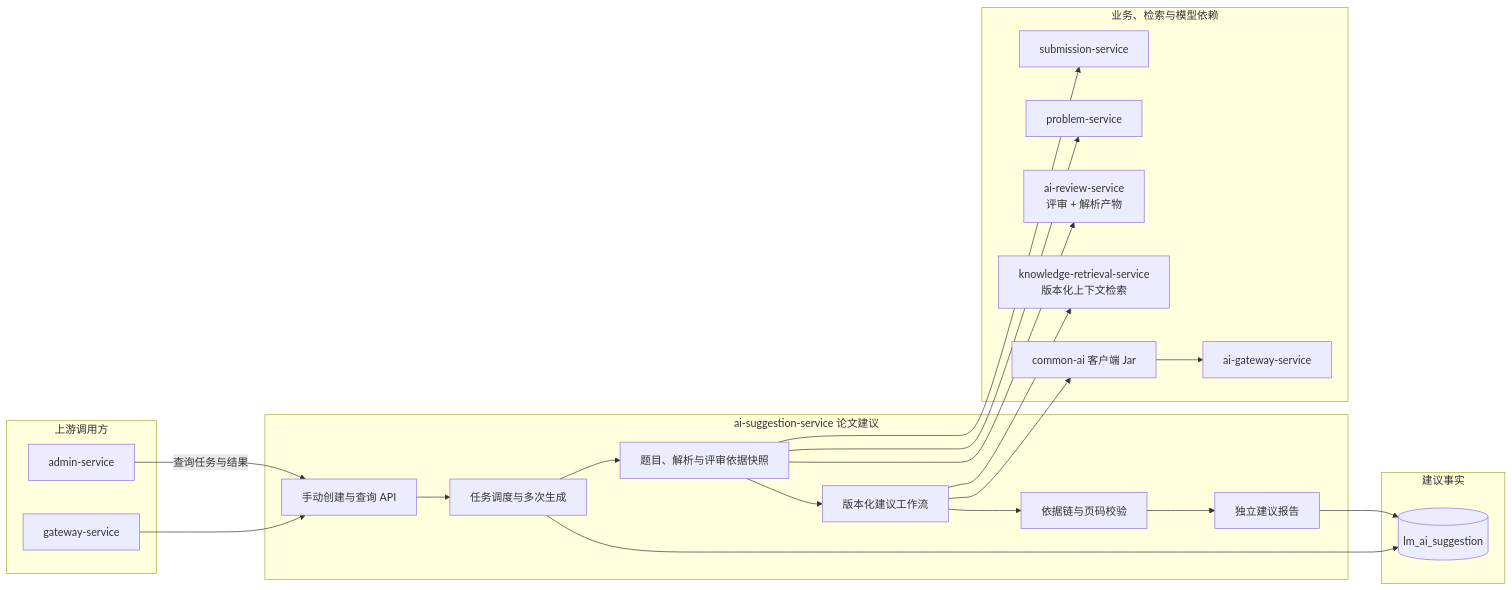
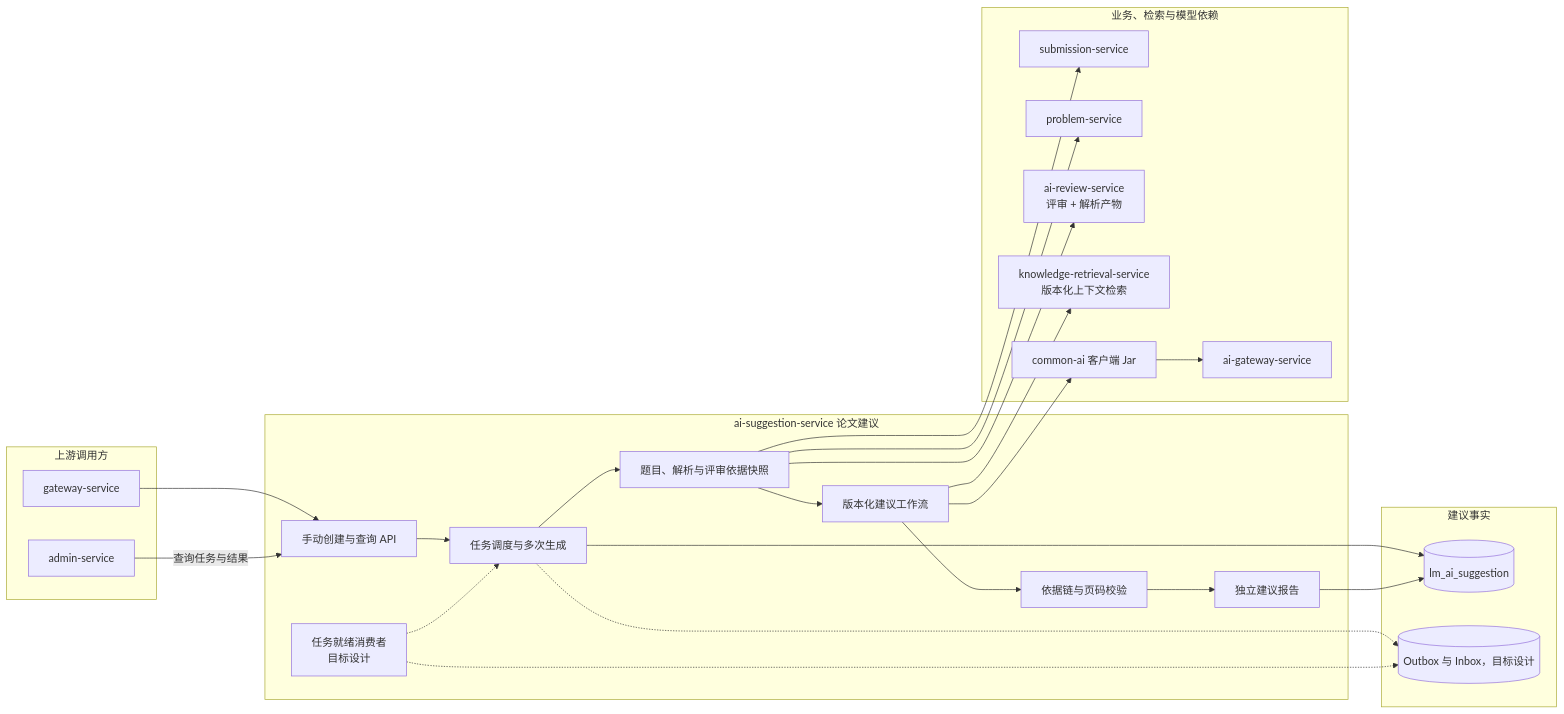
Before and after one commit to Dorian7Alden/LeetModel: the diagram in docs/project/03-微服务设计/ai-suggestion-service/README.md, drawn with Mermaid. The commit also changed other lines of this file and 11 other files, not shown here.

````diff
--- a/docs/project/03-微服务设计/ai-suggestion-service/README.md
+++ b/docs/project/03-微服务设计/ai-suggestion-service/README.md
@@ -12,42 +12,48 @@
 ```mermaid
 flowchart LR
     subgraph callers["上游调用方"]
         apiGateway["gateway-service"]
         adminService["admin-service"]
     end
 
     subgraph suggestion["ai-suggestion-service 论文建议"]
         taskApi["手动创建与查询 API"]
+        mqWakeup["任务就绪消费者<br/>目标设计"]
         taskLifecycle["任务调度与多次生成"]
         inputSnapshot["题目、解析与评审依据快照"]
         suggestionWorkflow["版本化建议工作流"]
         evidenceValidation["依据链与页码校验"]
         result["独立建议报告"]
 
-        taskApi --> taskLifecycle --> inputSnapshot --> suggestionWorkflow
+        taskApi --> taskLifecycle
+        mqWakeup -.-> taskLifecycle
+        taskLifecycle --> inputSnapshot --> suggestionWorkflow
         suggestionWorkflow --> evidenceValidation --> result
     end
 
     subgraph dependencies["业务、检索与模型依赖"]
         submissionService["submission-service"]
         problemService["problem-service"]
         reviewService["ai-review-service<br/>评审 + 解析产物"]
         retrievalService["knowledge-retrieval-service<br/>版本化上下文检索"]
         commonAi["common-ai 客户端 Jar"]
         aiGateway["ai-gateway-service"]
     end
 
     subgraph data["建议事实"]
         suggestionDatabase[(lm_ai_suggestion)]
+        messageStore[(Outbox 与 Inbox，目标设计)]
     end
 
     apiGateway --> taskApi
     adminService -->|"查询任务与结果"| taskApi
     inputSnapshot --> submissionService
     inputSnapshot --> problemService
     inputSnapshot --> reviewService
     suggestionWorkflow --> retrievalService
     suggestionWorkflow --> commonAi --> aiGateway
     taskLifecycle --> suggestionDatabase
+    taskLifecycle -.-> messageStore
+    mqWakeup -.-> messageStore
     result --> suggestionDatabase
 ```
````
